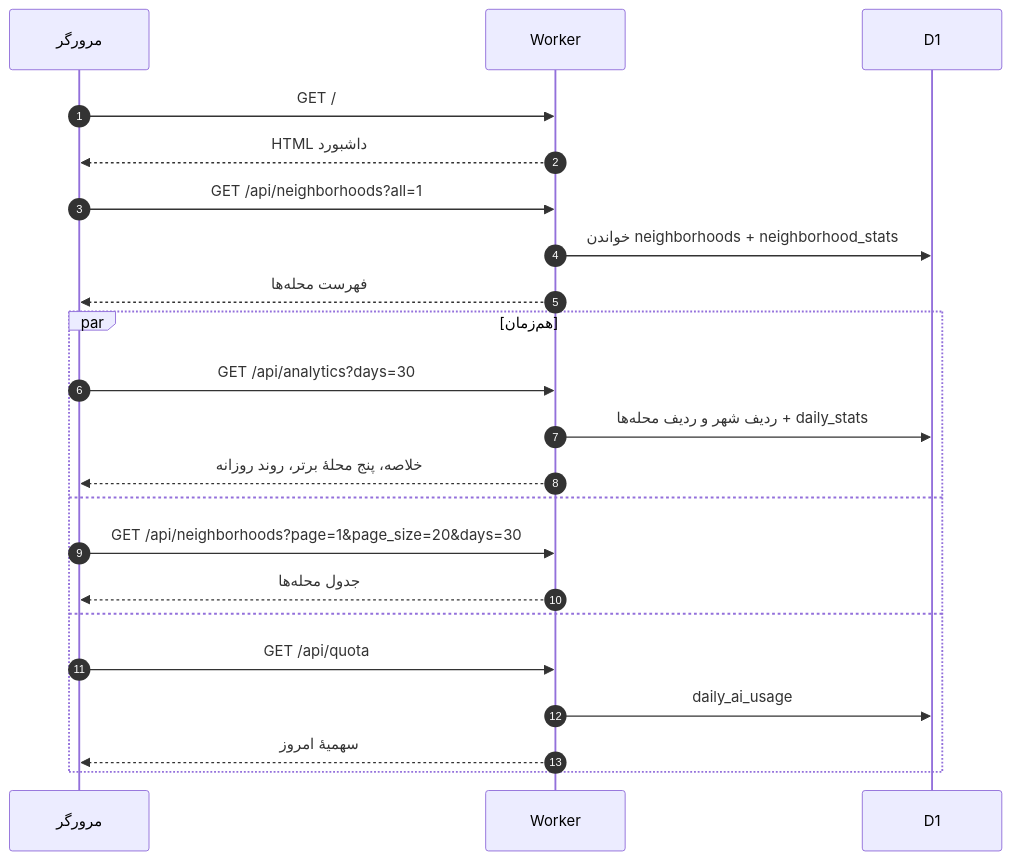
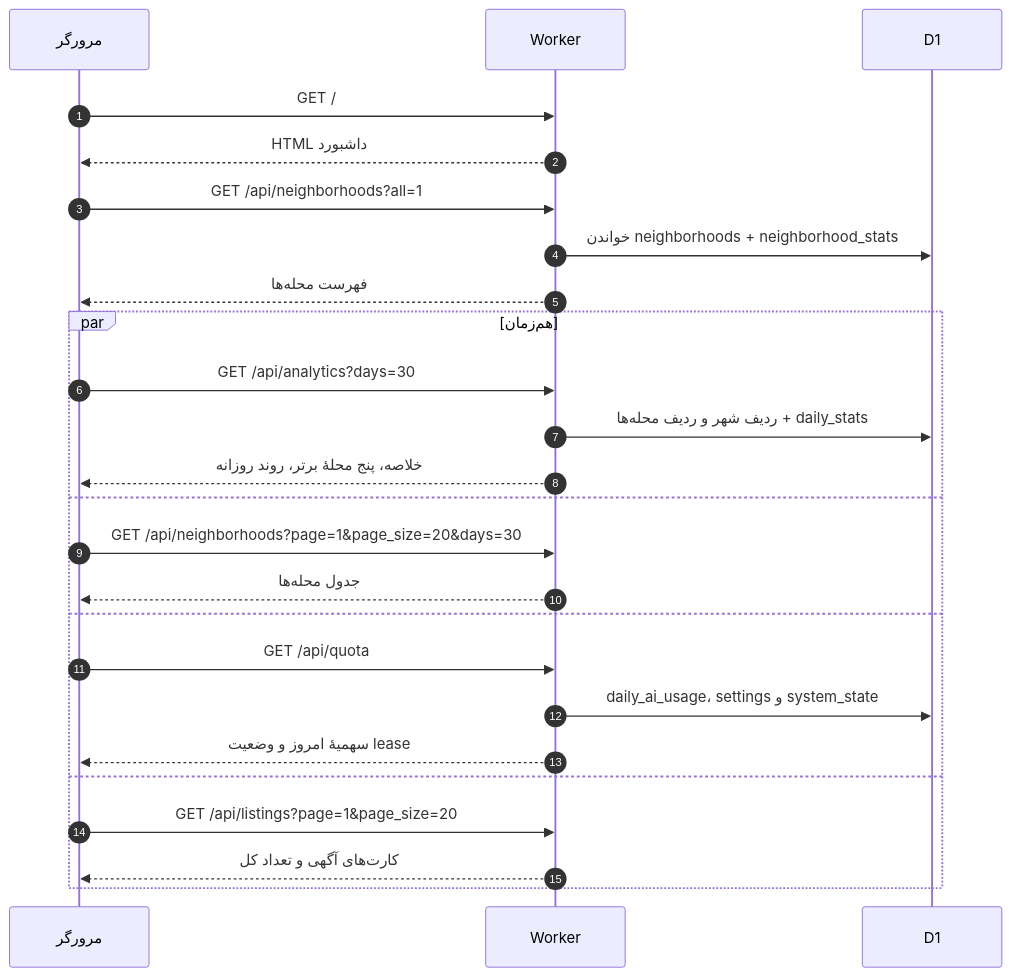
One commit to f4r6d/divar-housing-finder changed the fifth of 5 diagrams in README.md. Above: the diagram before and after it, drawn with Mermaid. The commit also changed other lines of this file and 3 other files, not shown here.

````diff
--- a/README.md
+++ b/README.md
@@ -459,25 +478,28 @@
 ```mermaid
 sequenceDiagram
     autonumber
     participant B as مرورگر
     participant W as Worker
     participant DB as D1
 
     B->>W: GET /
     W-->>B: HTML داشبورد
     B->>W: GET /api/neighborhoods?all=1
     W->>DB: خواندن neighborhoods + neighborhood_stats
     W-->>B: فهرست محله‌ها
     par هم‌زمان
         B->>W: GET /api/analytics?days=30
         W->>DB: ردیف شهر و ردیف محله‌ها + daily_stats
         W-->>B: خلاصه، پنج محلهٔ برتر، روند روزانه
     and
         B->>W: GET /api/neighborhoods?page=1&page_size=20&days=30
         W-->>B: جدول محله‌ها
     and
         B->>W: GET /api/quota
-        W->>DB: daily_ai_usage
-        W-->>B: سهمیهٔ امروز
+        W->>DB: daily_ai_usage، settings و system_state
+        W-->>B: سهمیهٔ امروز و وضعیت lease
+    and
+        B->>W: GET /api/listings?page=1&page_size=20
+        W-->>B: کارت‌های آگهی و تعداد کل
     end
 ```
````
